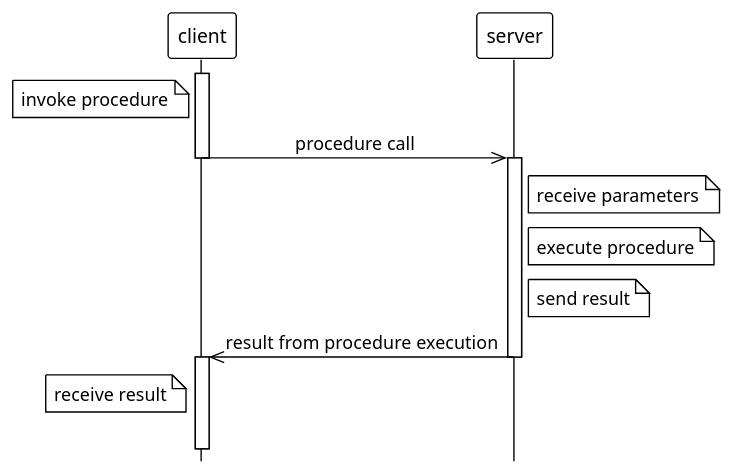
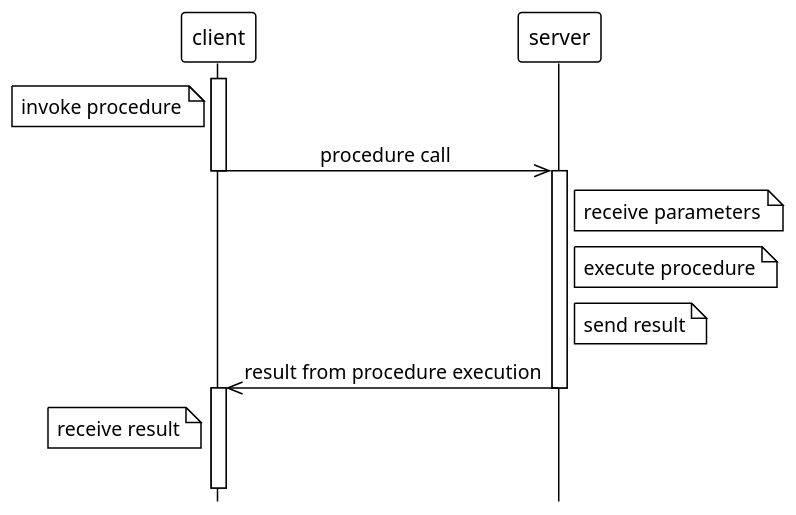
One commit to c0p4c4b4n4/grpc-grpc-java changed the diagram in images/RPC.puml. Above: the diagram before and after it, drawn with PlantUML. The commit also changed 2 other files, not shown here.

```diff
--- a/images/RPC.puml
+++ b/images/RPC.puml
@@ -1,27 +1,25 @@
 @startuml
-'!pragma teoz true
 !theme mono
-scale 1.1
-'title Remote Procedure Calls (RPC)
+scale 1.2
 hide footbox
 skinparam TitleFontStyle plain
 skinparam sequenceMessageAlign center
 
 activate client
 note left of client: invoke procedure
 client ->> server : procedure call
 deactivate client
 activate server
 
 note right of server: receive parameters
 note right of server: execute procedure
 note right of server: send result
 
 server ->> client : result from procedure execution
 deactivate server
 activate client
 note left of client: receive result
 
 ||20||
 
 @enduml
```
